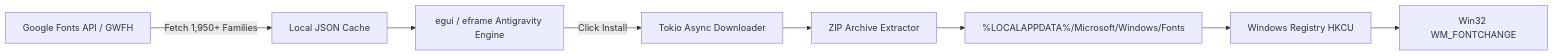
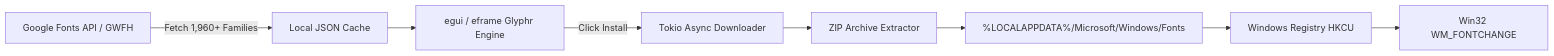
The diagram in README.md (armoniapush/glyphr), drawn with Mermaid before and after one commit. The commit also changed other lines of this file and 4 other files, not shown here.

Commit message:
feat: rebrand application to Glyphr — The Google Fonts Engine

````diff
--- a/README.md
+++ b/README.md
@@ -29,10 +29,10 @@
 ```mermaid
 flowchart LR
-    CatalogAPI["Google Fonts API / GWFH"] -->|Fetch 1,950+ Families| CatalogService[Local JSON Cache]
-    CatalogService --> UI["egui / eframe Antigravity Engine"]
+    CatalogAPI["Google Fonts API / GWFH"] -->|Fetch 1,960+ Families| CatalogService[Local JSON Cache]
+    CatalogService --> UI["egui / eframe Glyphr Engine"]
     UI -->|Click Install| Worker[Tokio Async Downloader]
     Worker --> Extractor[ZIP Archive Extractor]
     Extractor --> FontsDir["%LOCALAPPDATA%/Microsoft/Windows/Fonts"]
     FontsDir --> WinReg["Windows Registry HKCU"]
     WinReg --> Broadcast["Win32 WM_FONTCHANGE"]
 ```
````
